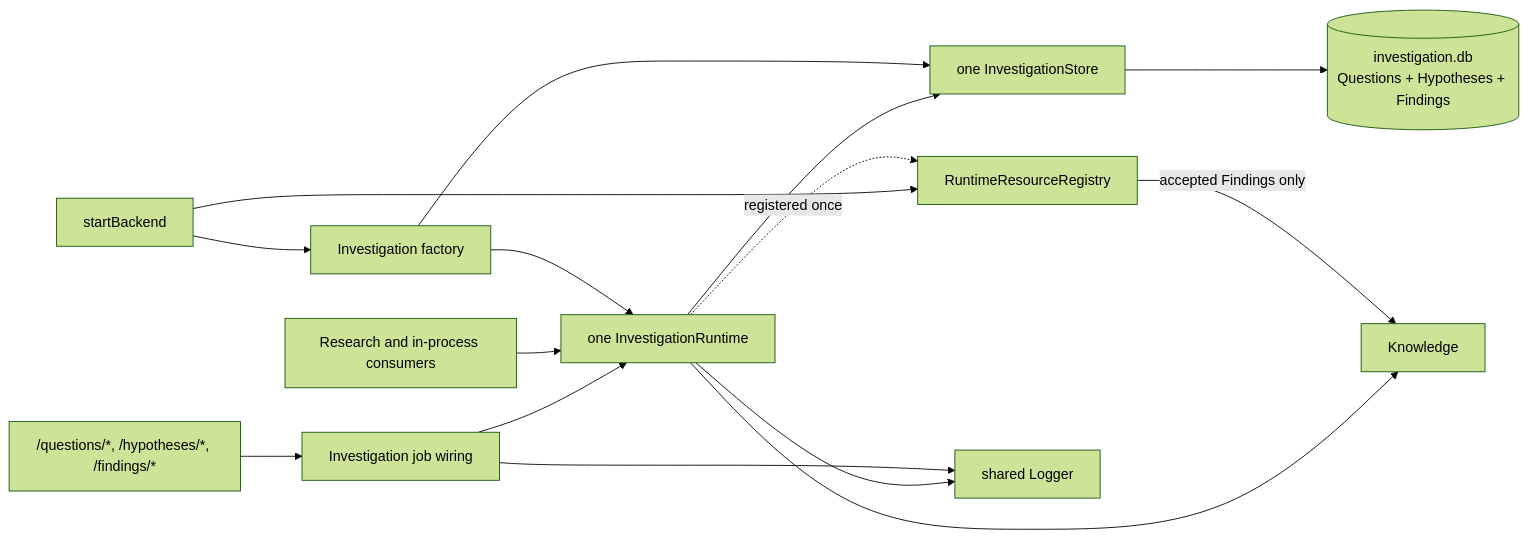
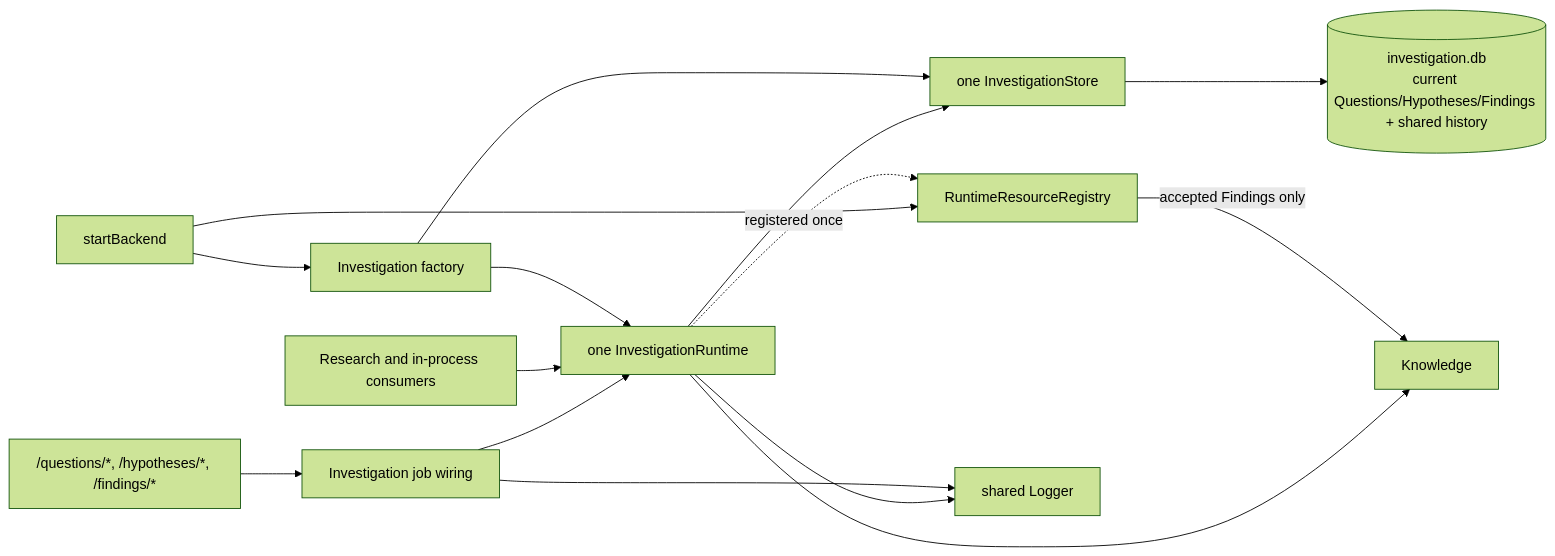
The diagram in apps/backend/src/3-capabilities/investigation/docs/README.md (gccurtis/icarus), drawn with Mermaid (forest theme) before and after one commit. The commit also changed other lines of this file and 88 other files, not shown here.

First line of the commit message:
refactor(retention): adopt shared revision retention in Connector, Context, Derived Outputs, General Files, Investigation, Persona, and Structured Data

````diff
--- a/apps/backend/src/3-capabilities/investigation/docs/README.md
+++ b/apps/backend/src/3-capabilities/investigation/docs/README.md
@@ -34,17 +34,17 @@
 ```mermaid
 flowchart LR
   HTTP["/questions/*, /hypotheses/*, /findings/*"] --> JOBS["Investigation job wiring"]
   JOBS --> RUNTIME["one InvestigationRuntime"]
   RESEARCH["Research and in-process consumers"] --> RUNTIME
   RUNTIME --> STORE["one InvestigationStore"]
-  STORE --> DB[("investigation.db<br/>Questions + Hypotheses + Findings")]
+  STORE --> DB[("investigation.db<br/>current Questions/Hypotheses/Findings + shared history")]
   RUNTIME --> KNOW["Knowledge"]
   START["startBackend"] --> FACTORY["Investigation factory"]
   FACTORY --> STORE
   FACTORY --> RUNTIME
   START --> REG["RuntimeResourceRegistry"]
   RUNTIME -. "registered once" .-> REG
   REG -->|"accepted Findings only"| KNOW
   RUNTIME --> LOG["shared Logger"]
   JOBS --> LOG
 ```
````
